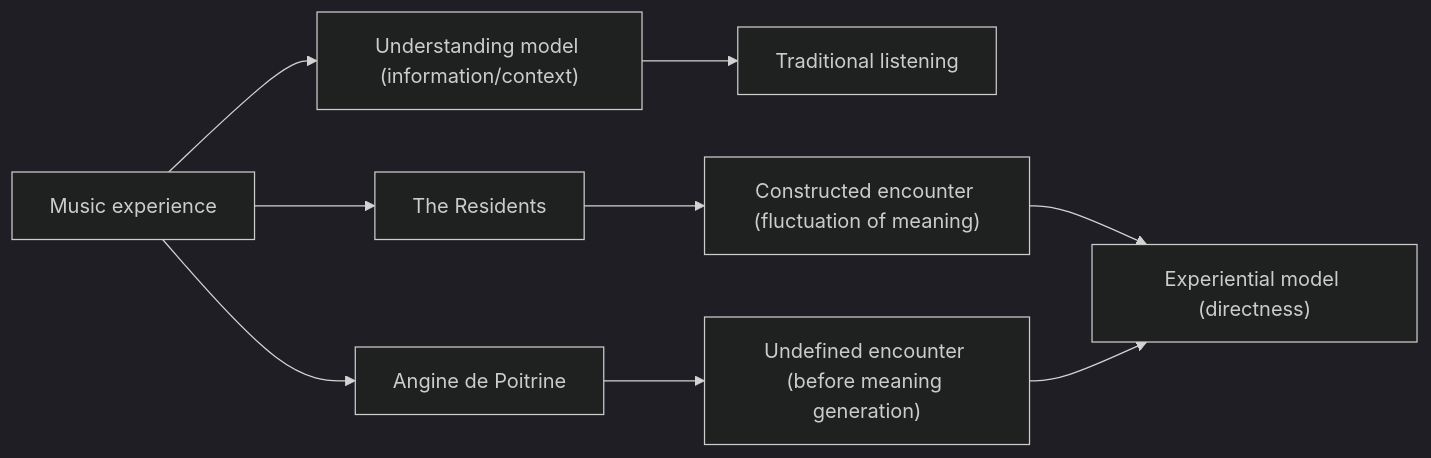
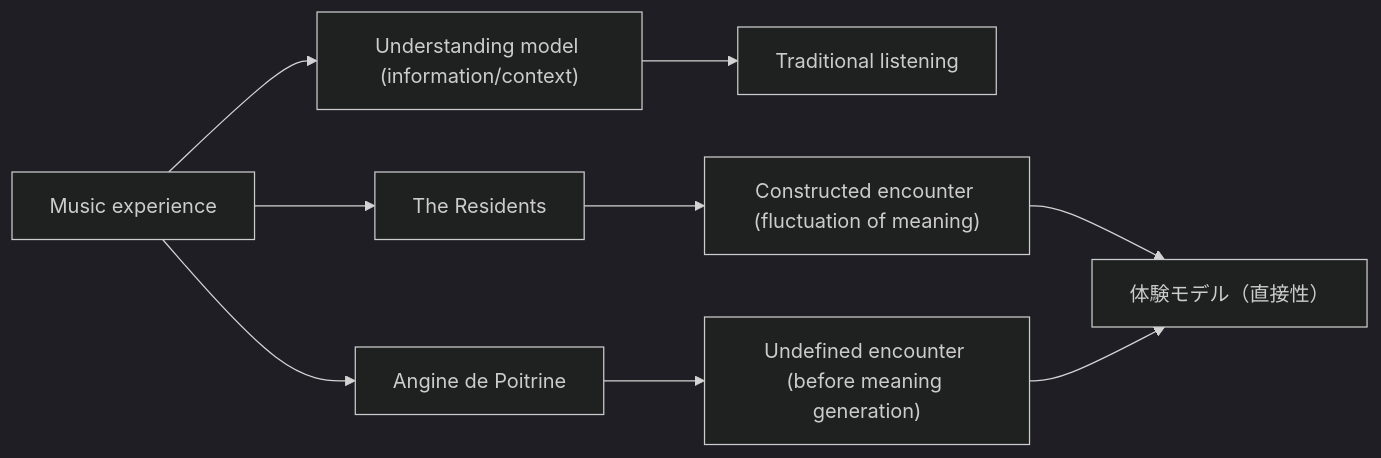
Diagram 11 of 17 in en/_posts/2026-07-06-column-angine-de-poitrine-the-residents.md (monumental-movement/monumental-movement.github.io), drawn with Mermaid (dark theme) before and after one commit. The commit also changed other lines of this file and 1012 other files, not shown here.

```diff
--- a/en/_posts/2026-07-06-column-angine-de-poitrine-the-residents.md
+++ b/en/_posts/2026-07-06-column-angine-de-poitrine-the-residents.md
@@ -1196,19 +1196,19 @@
 <div class="mermaid">
 flowchart LR
 
 A["Music experience"]
 B["Understanding model (information/context)"]
 C["Traditional listening"]
 
 D["The Residents"]
 E["Constructed encounter (fluctuation of meaning)"]
 
 F["Angine de Poitrine"]
 G["Undefined encounter (before meaning generation)"]
 
-H["Experiential model (directness)"]
+H["体験モデル（直接性）"]
 
 A --> B --> C
 A --> D --> E --> H
 A --> F --> G --> H
 </div>
```
